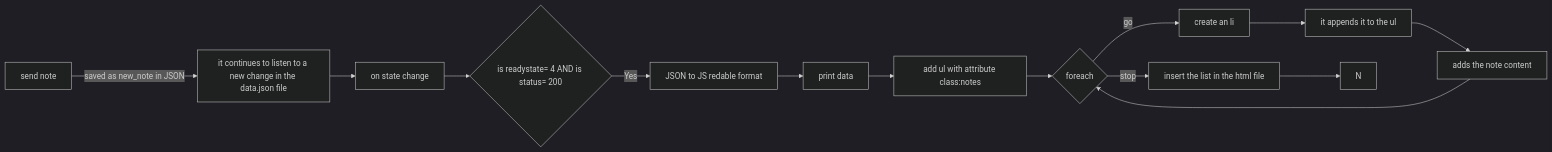
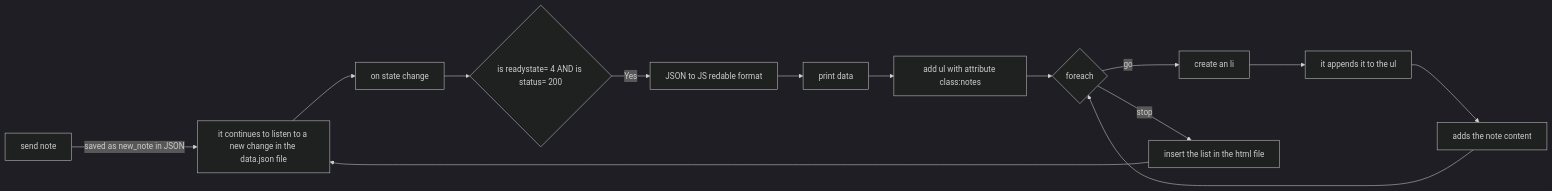
The diagram in README.md (Mafant13/FullStackOpenCourse), drawn with Mermaid (dark theme) before and after one commit.

````diff
--- a/README.md
+++ b/README.md
@@ -1,7 +1,7 @@
 ``` mermaid
   flowchart LR
 
 A[send note] --> |saved as new_note in JSON| B[it continues to listen to a new change in the data.json file] --> C[on state change]-->D{is readystate= 4 AND is status= 200};
 D --> |Yes| E[JSON to JS redable format] --> F[print data] --> G[add ul with attribute class:notes] --> H{foreach} --> |go| I[create an li] --> J[it appends it to the ul] --> K[adds the note content] --> H
---> |stop| L[insert the list in the html file] --> N
+--> |stop| L[insert the list in the html file] --> B
 ```
````
